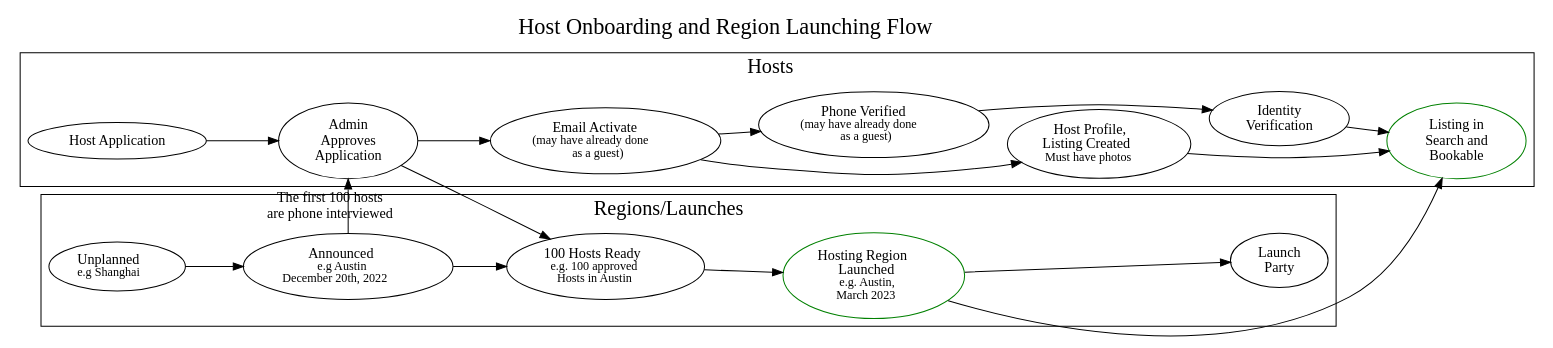
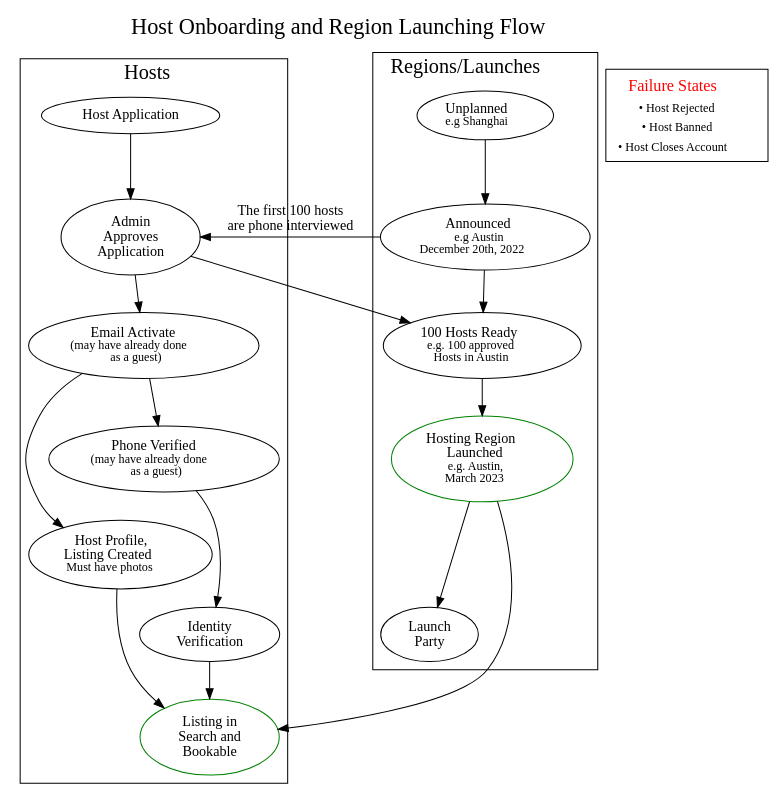
One commit to freecouches/freecouches changed the diagram in _docs/flows/host_flow.dot. Above: the diagram before and after it, drawn with Graphviz.

Commit message:
Add host onboarding failure states to docs

```diff
--- a/_docs/flows/host_flow.dot
+++ b/_docs/flows/host_flow.dot
@@ -1,67 +1,76 @@
 // QSTN: should guest and host profiles be different?  note that this relates to UX of above question.  well, i'm seeing a lot of the questions are the same.
 // QSTN: should host application be its own form separate from that early one to grab their email?
 
 //TODO: indicate how long they can expect to wait between stages.
 // TODO: all the guests step pretty much apply to hosts.  consider that in these flows
 
  // TODO: Failure states too
 
 // QSTN: we might reject someone as a host but accept them as a guest?  i suppose there are levels to host rejection.
 
 // TODO: Handle the different region cases, thinking long term and then mapping back to what we have now (Austin region or not Austin).
 
 // TODO: determine what edits or cancelations the host can do.  Consider that they could email us also.
 // Note: There is an analogy between throwing an invite-only party and Launching a city.
 // Note: Regions are [circles or polygons?] geofences where hosting is allowed. Part of idea is to build real community and buzz, launching cities one by one as a kind of exclusive thing.
 
 digraph unix {
     //overall graph
-    rankdir="LR";
+    rankdir="TB";
     labelloc="t";
 
     label=<<FONT POINT-SIZE="22">Host Onboarding and Region Launching Flow</FONT>>
 
     subgraph cluster_hosts {
         label=<<FONT POINT-SIZE="20">Hosts</FONT>>
         host_application [label="Host Application"]
         admin_approve [label="Admin\nApproves\nApplication"]
         email_activate [label=<Email Activate<br/><FONT POINT-SIZE="12">(may have already done<br />as a guest)</FONT>>]
         complete_profile [label=<Host Profile,<br />Listing Created<br/><FONT POINT-SIZE="12">Must have photos</FONT>>]
         phone_verify [label=<Phone Verified<br/><FONT POINT-SIZE="12">(may have already done<br />as a guest)</FONT>>]
         id_verify [label="Identity\nVerification"]
         bookable [label="Listing in\nSearch and\n Bookable"; color=green]
 
         host_application -> admin_approve -> email_activate -> complete_profile
         email_activate -> phone_verify
         phone_verify -> id_verify
 
     }
     id_verify -> bookable
     complete_profile -> bookable
 
     admin_approve -> hosts_ready
 
     announced -> admin_approve [label="The first 100 hosts\nare phone interviewed";labelloc="b"]
 
     subgraph cluster_region {
         label=<<FONT POINT-SIZE="20">Regions/Launches</FONT>>
     
         unplanned[label=<Unplanned<br/><FONT POINT-SIZE="12">e.g Shanghai</FONT>>]
         announced[label=<Announced<br/><FONT POINT-SIZE="12">e.g Austin<br />December 20th, 2022</FONT>>]
         hosts_ready[label=<100 Hosts Ready<br/><FONT POINT-SIZE="12">e.g. 100 approved<br/> Hosts in Austin</FONT>>]
         launched[label=<Hosting Region<br/>Launched<br/><FONT POINT-SIZE="12">e.g. Austin,<br />March 2023</FONT>>;color=green]
         
         unplanned -> announced -> hosts_ready -> launched
 
         launch_party[label="Launch\nParty"]
 
         
         launched -> launch_party
         
     }
 
 
     launched -> bookable
 
+    table [ shape="rectangle";label = <
+    <table border="0">
+       <tr><td align="text"><FONT POINT-SIZE="16" COLOR="RED">Failure States</FONT></td></tr>
+       <tr><td align="text"><FONT POINT-SIZE="12">• Host Rejected</FONT></td></tr>
+       <tr><td align="text"><FONT POINT-SIZE="12">• Host Banned</FONT></td></tr>
+       <tr><td align="text"><FONT POINT-SIZE="12">• Host Closes Account</FONT></td></tr>
+    </table>
+  > ]
+
     
 }
```
